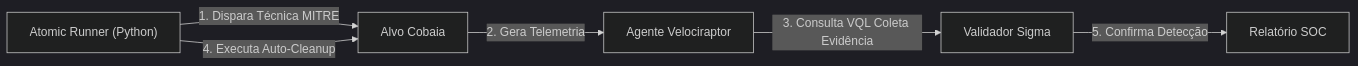
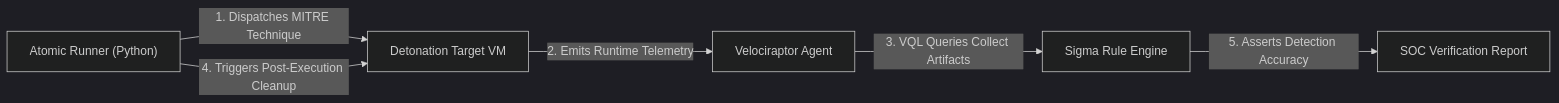
The diagram in docs/purple-team-mitre.md (Lessa-github/cyber-dfir-training-lab), drawn with Mermaid (dark theme) before and after one commit. The commit also changed other lines of this file and 13 other files, not shown here.

````diff
--- a/docs/purple-team-mitre.md
+++ b/docs/purple-team-mitre.md
@@ -11,8 +11,8 @@
 ```mermaid
 flowchart LR
-    A["Atomic Runner (Python)"] -->|1. Dispara Técnica MITRE| B["Alvo Cobaia"]
-    B -->|2. Gera Telemetria| C["Agente Velociraptor"]
-    C -->|3. Consulta VQL Coleta Evidência| D["Validador Sigma"]
-    A -->|4. Executa Auto-Cleanup| B
-    D -->|5. Confirma Detecção| E["Relatório SOC"]
+    A["Atomic Runner (Python)"] -->|1. Dispatches MITRE Technique| B["Detonation Target VM"]
+    B -->|2. Emits Runtime Telemetry| C["Velociraptor Agent"]
+    C -->|3. VQL Queries Collect Artifacts| D["Sigma Rule Engine"]
+    A -->|4. Triggers Post-Execution Cleanup| B
+    D -->|5. Asserts Detection Accuracy| E["SOC Verification Report"]
 ```
````
